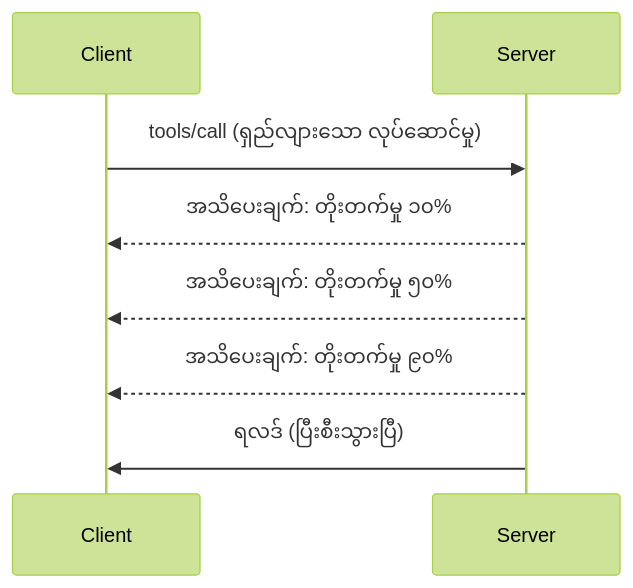
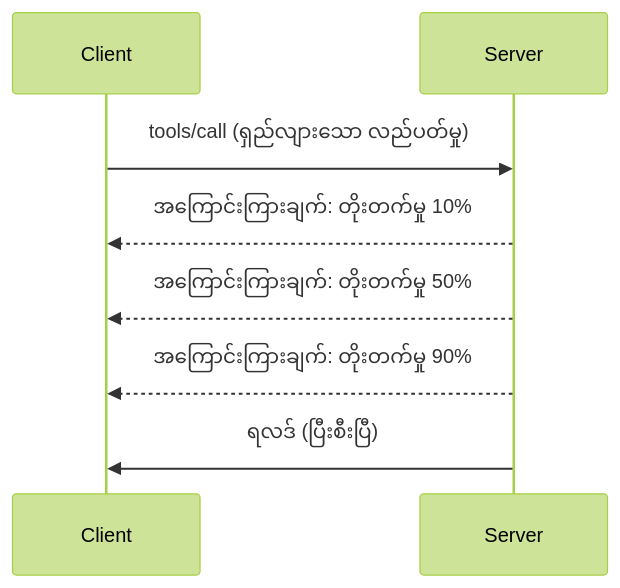
One commit to HIDORAKAI002/ai-workspace-archive changed the diagram in mcp_ecosystem__model_context_protocol/mcp_learning_resources/mcp-for-beginners/translations/my/05-AdvancedTopics/mcp-protocol-features/README.md. Above: the diagram before and after it, drawn with Mermaid (forest theme). The commit also changed other lines of this file and 1046 other files, not shown here.

````diff
--- a/mcp_ecosystem__model_context_protocol/mcp_learning_resources/mcp-for-beginners/translations/my/05-AdvancedTopics/mcp-protocol-features/README.md
+++ b/mcp_ecosystem__model_context_protocol/mcp_learning_resources/mcp-for-beginners/translations/my/05-AdvancedTopics/mcp-protocol-features/README.md
@@ -22,11 +24,11 @@
 ```mermaid
 sequenceDiagram
     participant Client
     participant Server
     
-    Client->>Server: tools/call (ရှည်လျားသော လုပ်ဆောင်မှု)
-    Server-->>Client: အသိပေးချက်: တိုးတက်မှု ၁၀%
-    Server-->>Client: အသိပေးချက်: တိုးတက်မှု ၅၀%
-    Server-->>Client: အသိပေးချက်: တိုးတက်မှု ၉၀%
-    Server->>Client: ရလဒ် (ပြီးစီးသွားပြီ)
+    Client->>Server: tools/call (ရှည်လျားသော လည်ပတ်မှု)
+    Server-->>Client: အကြောင်းကြားချက်: တိုးတက်မှု 10%
+    Server-->>Client: အကြောင်းကြားချက်: တိုးတက်မှု 50%
+    Server-->>Client: အကြောင်းကြားချက်: တိုးတက်မှု 90%
+    Server->>Client: ရလဒ် (ပြီးစီးပြီ)
 ```
````
